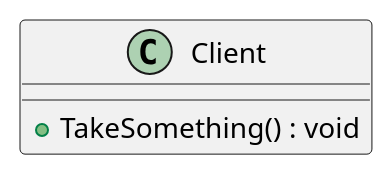
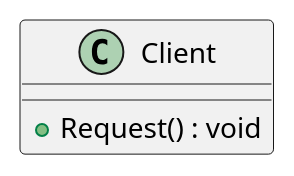
The diagram in Facade/General/out/Client.puml (Zukky55/design_pattern), drawn with PlantUML before and after one commit. The commit also changed 10 other files, not shown here.

```diff
--- a/Facade/General/out/Client.puml
+++ b/Facade/General/out/Client.puml
@@ -1,5 +1,5 @@
 @startuml
 class Client {
-    + TakeSomething() : void
+    + Request() : void
 }
 @enduml
```
